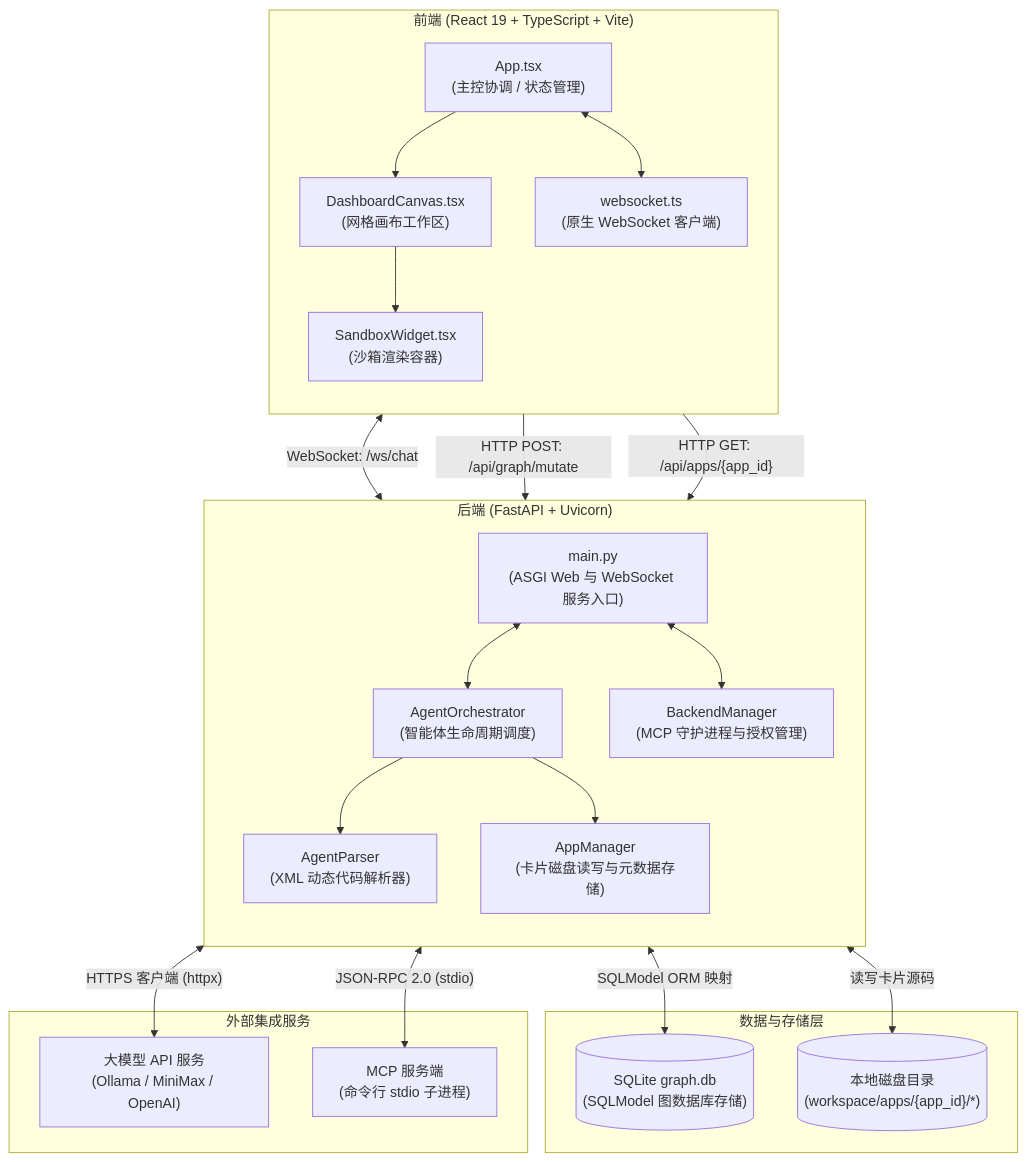
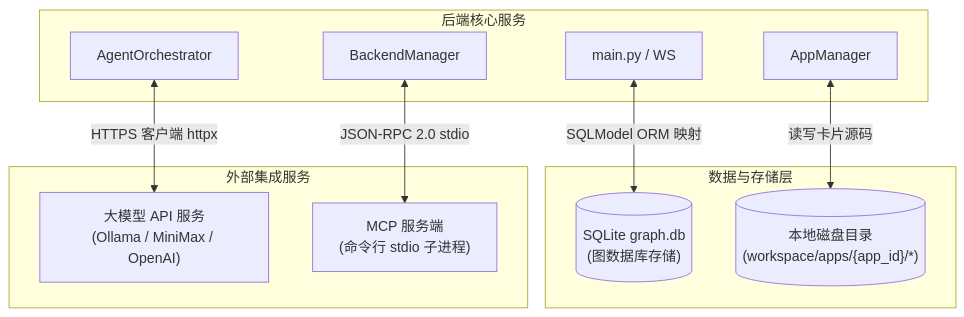
The fourth of 5 diagrams in docs/architecture/overview.md (BillShiyaoZhang/ambient-agent), drawn with Mermaid before and after one commit. The commit also changed other lines of this file and 8 other files, not shown here.

First line of the commit message:
Split architecture docs by subsystem

````diff
--- a/docs/architecture/overview.md
+++ b/docs/architecture/overview.md
@@ -9,51 +59,21 @@
 ```mermaid
 graph TB
-    subgraph Frontend["前端 (React 19 + TypeScript + Vite)"]
-        direction TB
-        App["App.tsx<br/>(主控协调 / 状态管理)"]
-        Canvas["DashboardCanvas.tsx<br/>(网格画布工作区)"]
-        Sandbox["SandboxWidget.tsx<br/>(沙箱渲染容器)"]
-        WSClient["websocket.ts<br/>(原生 WebSocket 客户端)"]
+    subgraph Backend["后端核心服务"]
+        AppMgr["AppManager"]
+        Main["main.py / WS"]
+        BackendMgr["BackendManager"]
+        Orchestrator["AgentOrchestrator"]
     end
-
-    subgraph Backend["后端 (FastAPI + Uvicorn)"]
-        direction TB
-        Main["main.py<br/>(ASGI Web 与 WebSocket 服务入口)"]
-        Orchestrator["AgentOrchestrator<br/>(智能体生命周期调度)"]
-        Parser["AgentParser<br/>(XML 动态代码解析器)"]
-        AppMgr["AppManager<br/>(卡片磁盘读写与元数据存储)"]
-        BackendMgr["BackendManager<br/>(MCP 守护进程与授权管理)"]
-    end
-
     subgraph Data["数据与存储层"]
-        SQLiteDB[("SQLite graph.db<br/>(SQLModel 图数据库存储)")]
+        SQLiteDB[("SQLite graph.db<br/>(图数据库存储)")]
         DiskApps[("本地磁盘目录<br/>(workspace/apps/{app_id}/*)")]
     end
-
     subgraph External["外部集成服务"]
         LLM["大模型 API 服务<br/>(Ollama / MiniMax / OpenAI)"]
         MCPServer["MCP 服务端<br/>(命令行 stdio 子进程)"]
     end
-
-    %% 连接关系
-    App --> Canvas
-    Canvas --> Sandbox
-    App <--> WSClient
-    WSClient <-->|WebSocket: /ws/chat| Main
-
-    %% API 调用
-    Sandbox -->|"HTTP POST: /api/graph/mutate"| Main
-    Sandbox -->|"HTTP GET: /api/apps/{app_id}"| Main
-
-    %% 后端调用流
-    Main <--> Orchestrator
-    Orchestrator --> Parser
-    Orchestrator --> AppMgr
-    Main <--> BackendMgr
-
-    %% 数据库/磁盘交互
     AppMgr <-->|读写卡片源码| DiskApps
     Main <-->|SQLModel ORM 映射| SQLiteDB
-    BackendMgr <-->|"JSON-RPC 2.0 (stdio)"| MCPServer
-    Orchestrator <-->|"HTTPS 客户端 (httpx)"| LLM
+    BackendMgr <-->|JSON-RPC 2.0 stdio| MCPServer
+    Orchestrator <-->|HTTPS 客户端 httpx| LLM
 ```
````
